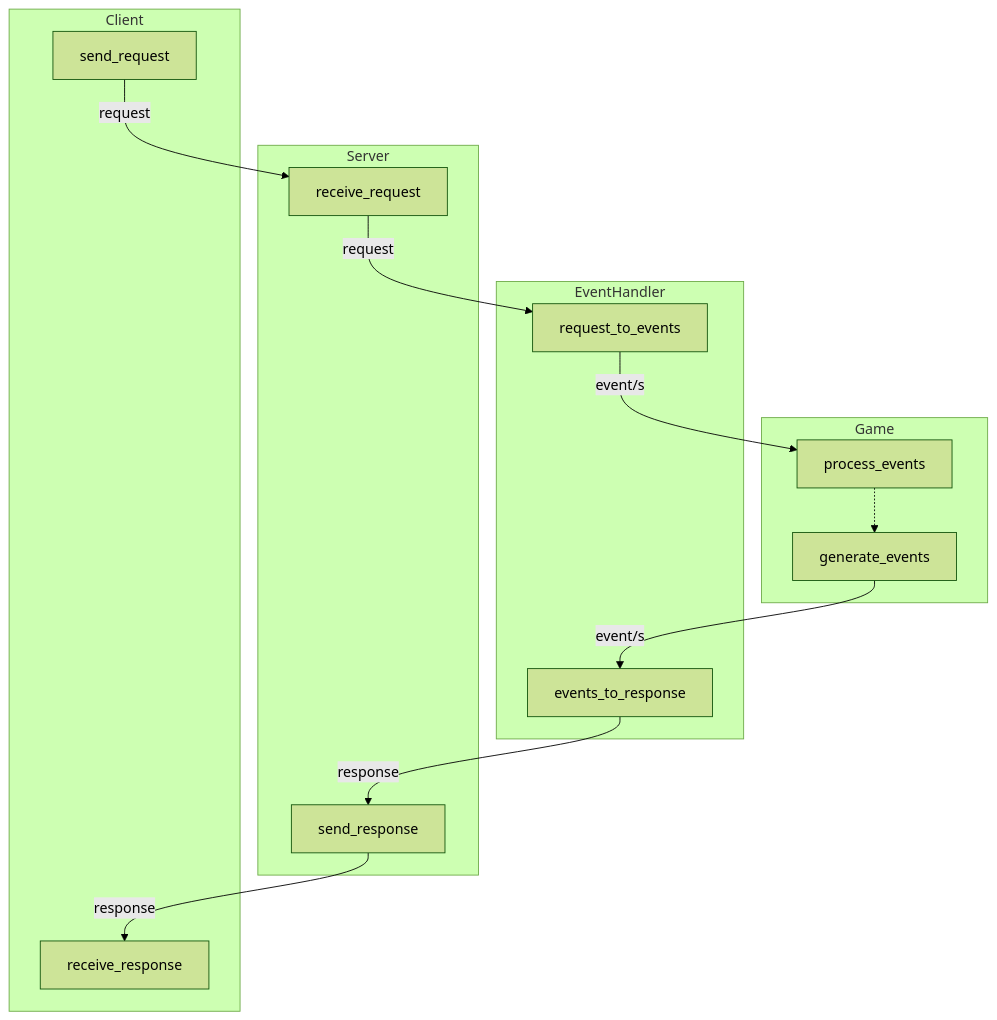
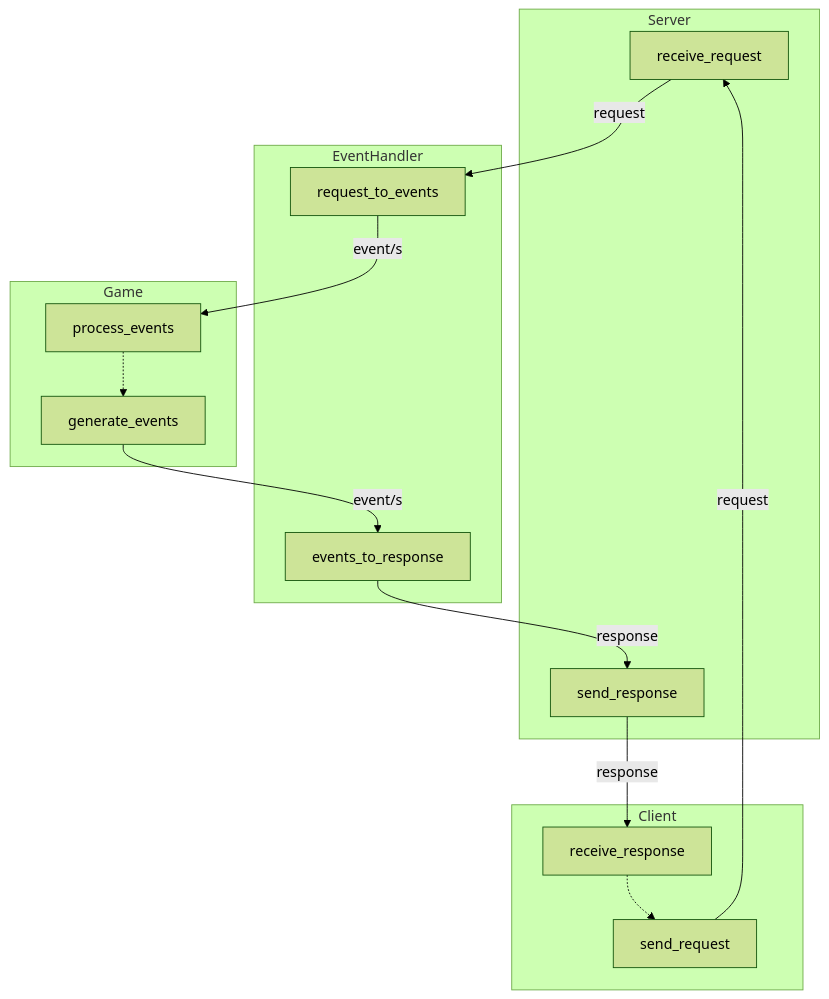
Before and after one commit to likecookiesstudio/ecs-game-engine: the sixth of 6 diagrams in README.md, drawn with Mermaid (forest theme).

Commit message:
noting the business logic of the client in docs

````diff
--- a/README.md
+++ b/README.md
@@ -96,32 +96,36 @@
 ```mermaid
 graph TD;
-    subgraph Game
-    process_events
-    generate_events
-    end
-
-    subgraph EventHandler
-    request_to_events
-    events_to_response
-    end
 
     subgraph Server
     receive_request
     send_response
     end
 
     subgraph Client
     send_request
     receive_response
     end
 
+    subgraph EventHandler
+    request_to_events
+    events_to_response
+    end
+
+    subgraph Game
+    process_events
+    generate_events
+    end
+
+    receive_response-.->send_request
+
     send_request--request-->receive_request;
     receive_request--request-->request_to_events;
     request_to_events--event/s-->process_events;
-    
+
     process_events-.->generate_events
 
     generate_events--event/s-->events_to_response;
     events_to_response--response-->send_response;
     send_response--response-->receive_response;
+
 ```
````
